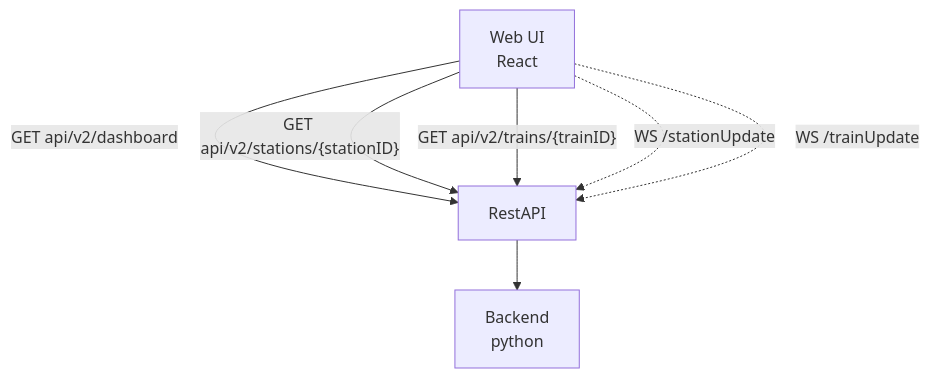
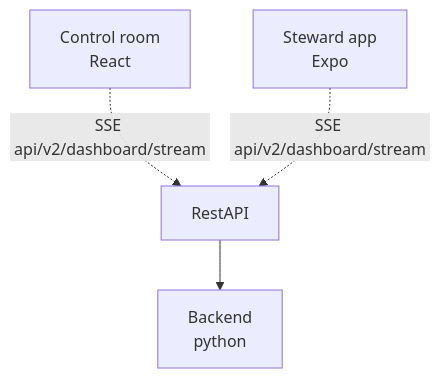
One commit to aau-cph-sw5/case-b-manning-patrol changed the diagram in contracts/api/v2/positioning-interface/README.md. Above: the diagram before and after it, drawn with Mermaid. The commit also changed other lines of this file and 2 other files, not shown here.

````diff
--- a/contracts/api/v2/positioning-interface/README.md
+++ b/contracts/api/v2/positioning-interface/README.md
@@ -7,9 +7,6 @@
 ```mermaid
 graph TD
-    WebUI[Web UI\nReact] -->|"GET api/v2/dashboard"| RestAPI
-    WebUI -->|"GET api/v2/stations/{stationID}"| RestAPI
-    WebUI -->|"GET api/v2/trains/{trainID}"| RestAPI
-    WebUI -.->|"WS /stationUpdate"| RestAPI
-    WebUI -.->|"WS /trainUpdate"| RestAPI
+    WebUI[Control room\nReact] -.->|"SSE api/v2/dashboard/stream"| RestAPI
+    Android[Steward app\nExpo] -.->|"SSE api/v2/dashboard/stream"| RestAPI
     RestAPI[RestAPI] --> Backend[Backend\npython]
 ```
````
